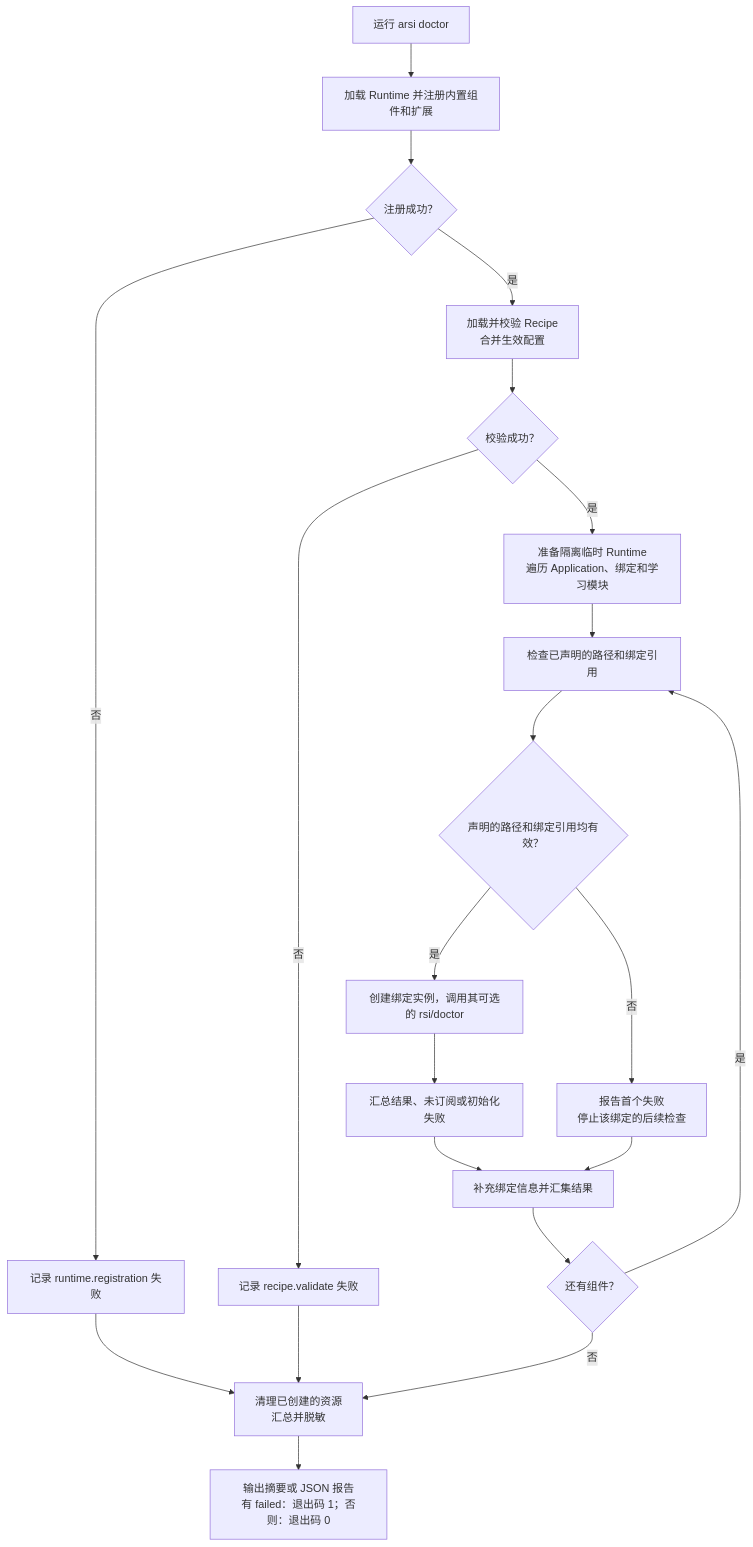
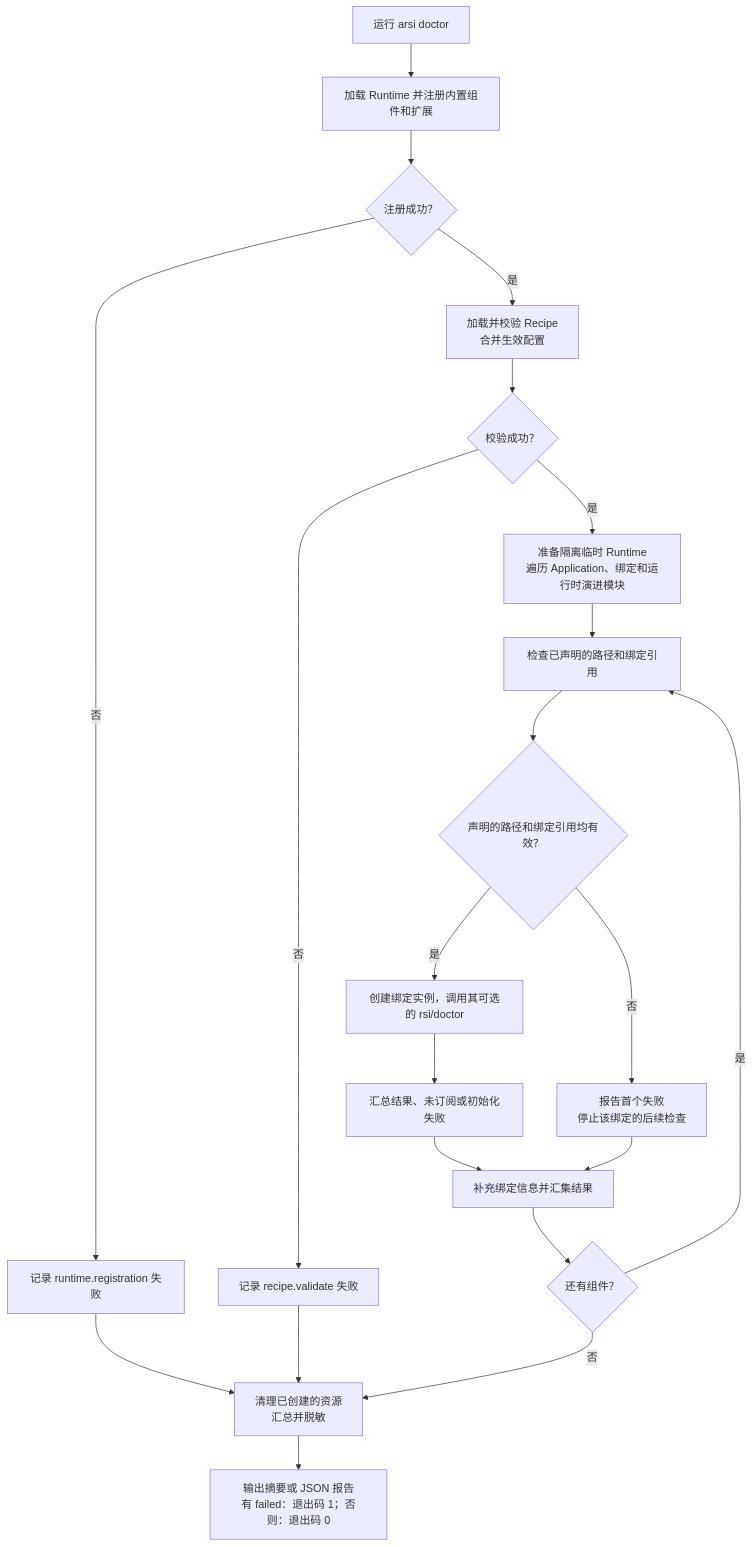
The diagram in docs/users/guides/doctor_zh.md (ARSI-LAB/ARSI), drawn with Mermaid before and after one commit. The commit also changed other lines of this file and 129 other files, not shown here.

````diff
--- a/docs/users/guides/doctor_zh.md
+++ b/docs/users/guides/doctor_zh.md
@@ -22,23 +22,23 @@
 ```mermaid
 flowchart TD
     A["运行 arsi doctor"] --> B["加载 Runtime 并注册内置组件和扩展"]
     B --> C{"注册成功？"}
     C -- 否 --> D["记录 runtime.registration 失败"]
     C -- 是 --> E["加载并校验 Recipe<br/>合并生效配置"]
     E --> F{"校验成功？"}
     F -- 否 --> G["记录 recipe.validate 失败"]
-    F -- 是 --> H["准备隔离临时 Runtime<br/>遍历 Application、绑定和学习模块"]
+    F -- 是 --> H["准备隔离临时 Runtime<br/>遍历 Application、绑定和运行时演进模块"]
     H --> I["检查已声明的路径和绑定引用"]
     I --> J{"声明的路径和绑定引用均有效？"}
     J -- 是 --> K["创建绑定实例，调用其可选的 rsi/doctor"]
     K --> Q["汇总结果、未订阅或初始化失败"]
     J -- 否 --> L["报告首个失败<br/>停止该绑定的后续检查"]
     Q --> M["补充绑定信息并汇集结果"]
     L --> M
     M --> N{"还有组件？"}
     N -- 是 --> I
     N -- 否 --> O["清理已创建的资源<br/>汇总并脱敏"]
     D --> O
     G --> O
     O --> P["输出摘要或 JSON 报告<br/>有 failed：退出码 1；否则：退出码 0"]
 ```
````
